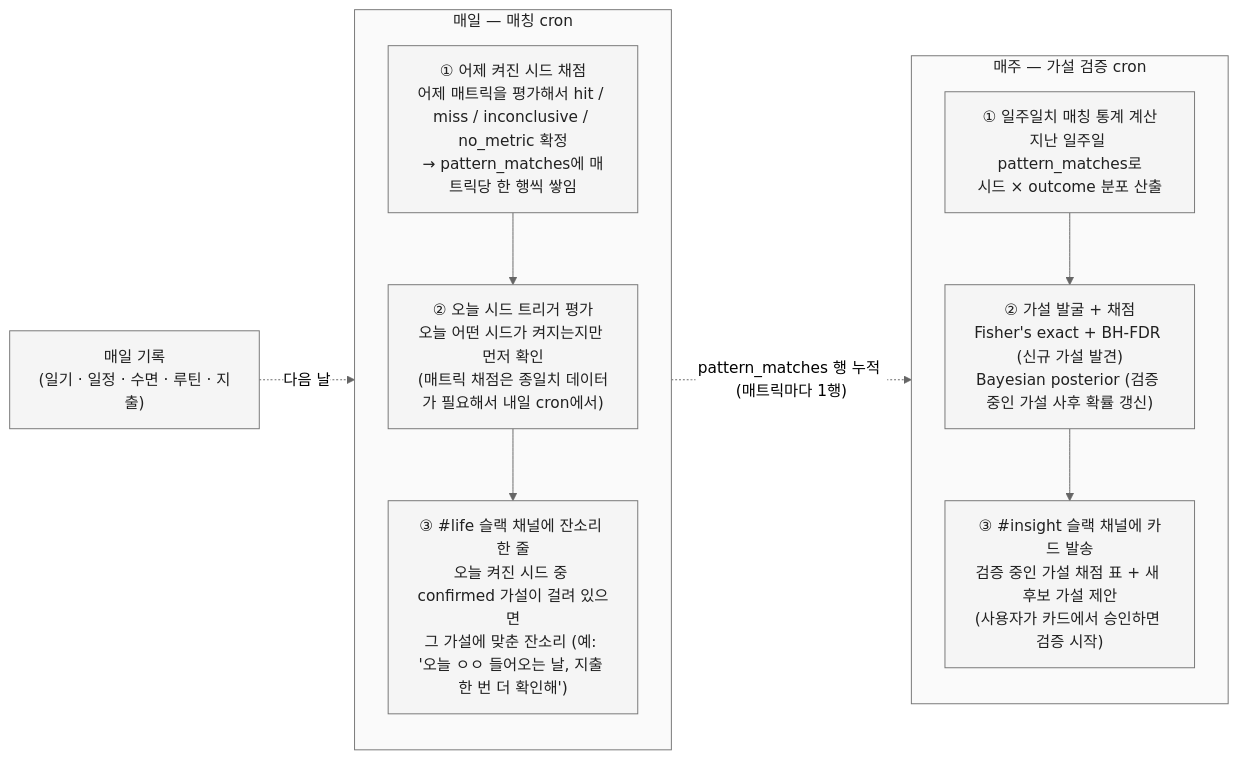
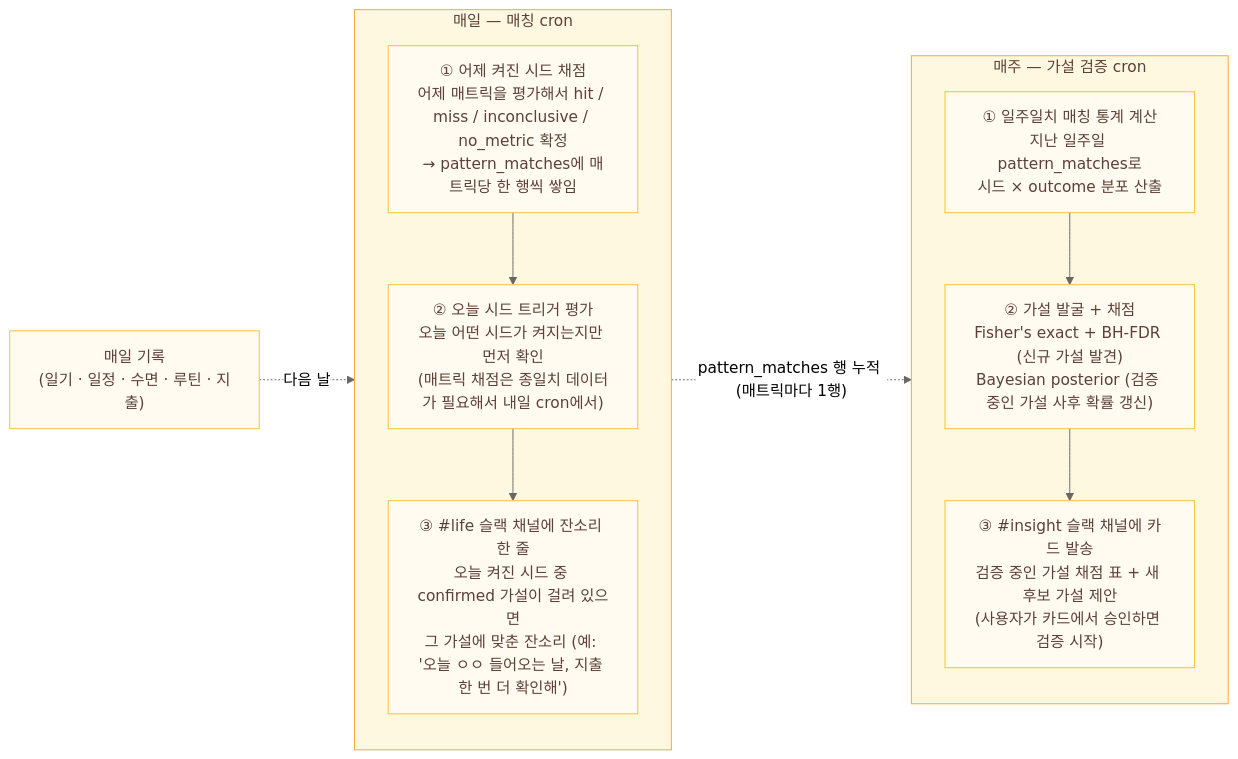
Before and after one commit to hyewon3938/slack-ai-agents: the first of 9 diagrams in docs/explainers/insight-v2.md, drawn with Mermaid (neutral theme). The commit also changed other lines of this file, not shown here.

````diff
--- a/docs/explainers/insight-v2.md
+++ b/docs/explainers/insight-v2.md
@@ -92,28 +92,28 @@
 ```mermaid
 flowchart LR
   REC["매일 기록<br/>(일기 · 일정 · 수면 · 루틴 · 지출)"]
 
   subgraph DAILY["매일 — 매칭 cron"]
     direction TB
     D1["① 어제 켜진 시드 채점<br/>어제 매트릭을 평가해서 hit / miss / inconclusive / no_metric 확정<br/>→ pattern_matches에 매트릭당 한 행씩 쌓임"]
     D2["② 오늘 시드 트리거 평가<br/>오늘 어떤 시드가 켜지는지만 먼저 확인<br/>(매트릭 채점은 종일치 데이터가 필요해서 내일 cron에서)"]
     D3["③ #life 슬랙 채널에 잔소리 한 줄<br/>오늘 켜진 시드 중 confirmed 가설이 걸려 있으면<br/>그 가설에 맞춘 잔소리 (예: '오늘 ㅇㅇ 들어오는 날, 지출 한 번 더 확인해')"]
     D1 --> D2 --> D3
   end
 
   subgraph WEEKLY["매주 — 가설 검증 cron"]
     direction TB
     W1["① 일주일치 매칭 통계 계산<br/>지난 일주일 pattern_matches로<br/>시드 × outcome 분포 산출"]
     W2["② 가설 발굴 + 채점<br/>Fisher's exact + BH-FDR (신규 가설 발견)<br/>Bayesian posterior (검증 중인 가설 사후 확률 갱신)"]
     W3["③ #insight 슬랙 채널에 카드 발송<br/>검증 중인 가설 채점 표 + 새 후보 가설 제안<br/>(사용자가 카드에서 승인하면 검증 시작)"]
     W1 --> W2 --> W3
   end
 
   REC -. 다음 날 .-> DAILY
   DAILY -. "pattern_matches 행 누적 (매트릭마다 1행)" .-> WEEKLY
 
-  classDef flowNode fill:#f5f5f5,stroke:#757575,color:#212121
-  classDef flowBox fill:#fafafa,stroke:#757575,color:#212121
+  classDef flowNode fill:#fffbf0,stroke:#fbc02d,color:#5d4037
+  classDef flowBox fill:#fff8e1,stroke:#f9a825,color:#5d4037
   class REC,D1,D2,D3,W1,W2,W3 flowNode
   class DAILY,WEEKLY flowBox
 ```
````
